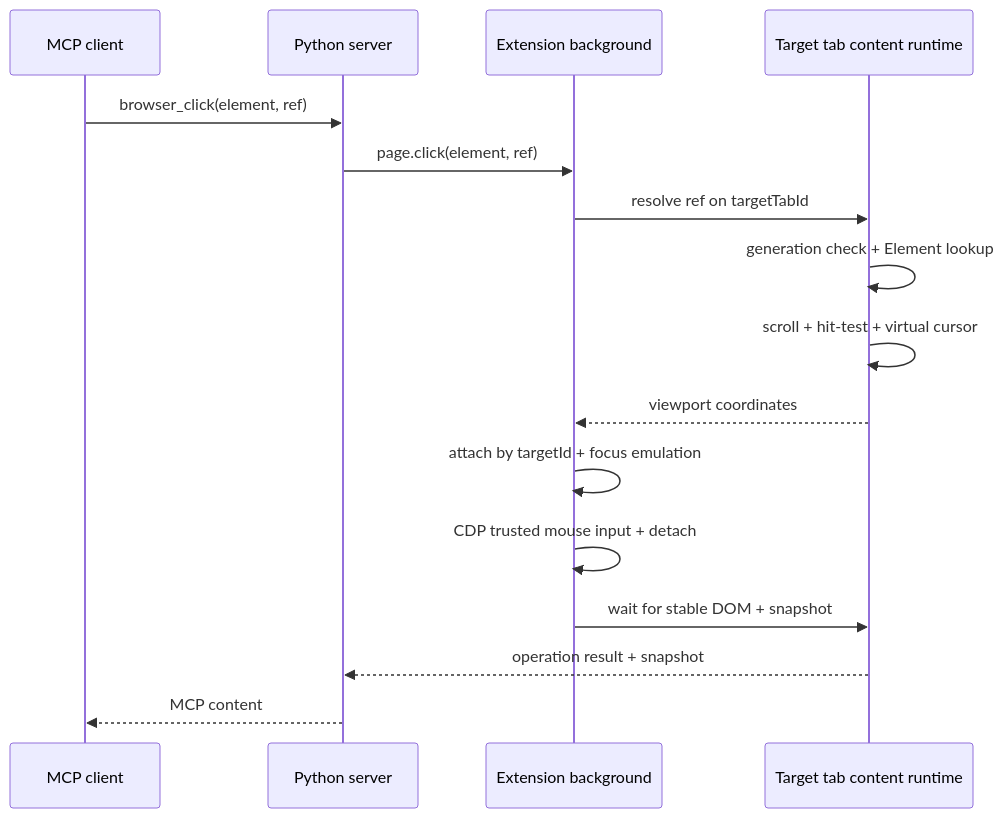
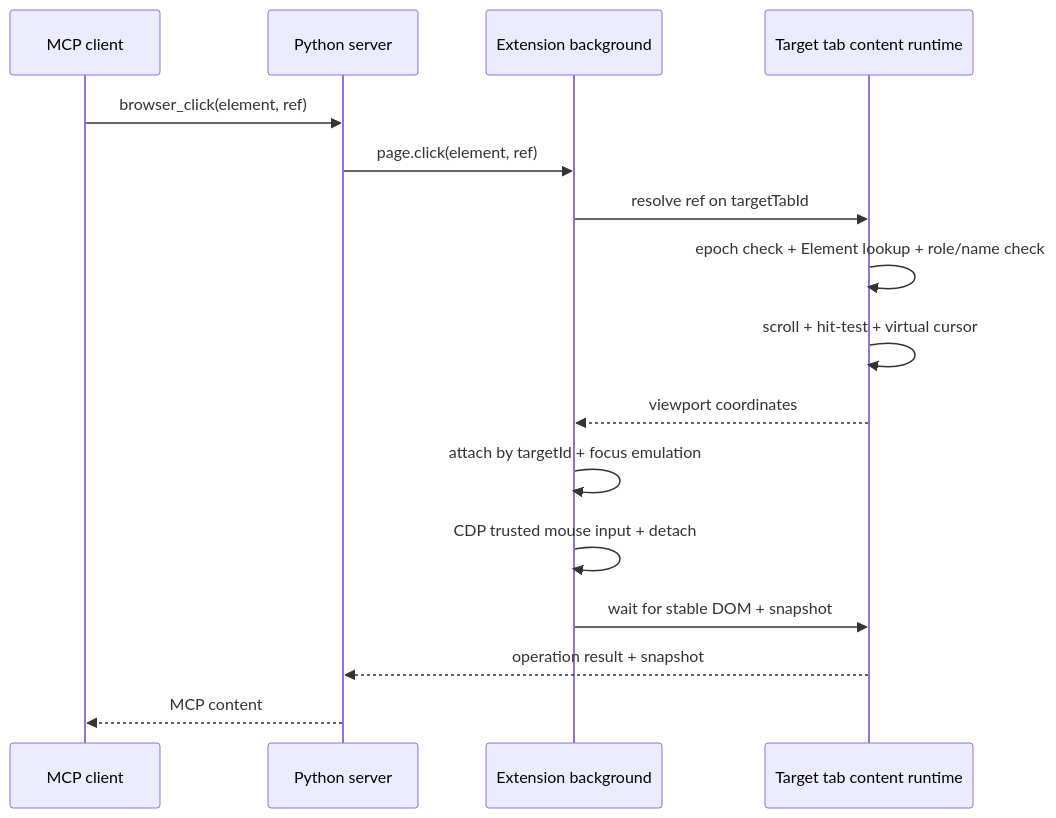
Before and after one commit to kiarina/chrome-bridge: the second of 2 diagrams in docs/concepts/architecture.md, drawn with Mermaid. The commit also changed other lines of this file and 12 other files, not shown here.

````diff
--- a/docs/concepts/architecture.md
+++ b/docs/concepts/architecture.md
@@ -203,18 +203,18 @@
 ```mermaid
 sequenceDiagram
     participant M as MCP client
     participant S as Python server
     participant B as Extension background
     participant C as Target tab content runtime
     M->>S: browser_click(element, ref)
     S->>B: page.click(element, ref)
     B->>C: resolve ref on targetTabId
-    C->>C: generation check + Element lookup
+    C->>C: epoch check + Element lookup + role/name check
     C->>C: scroll + hit-test + virtual cursor
     C-->>B: viewport coordinates
     B->>B: attach by targetId + focus emulation
     B->>B: CDP trusted mouse input + detach
     B->>C: wait for stable DOM + snapshot
     C-->>S: operation result + snapshot
     S-->>M: MCP content
 ```
````
